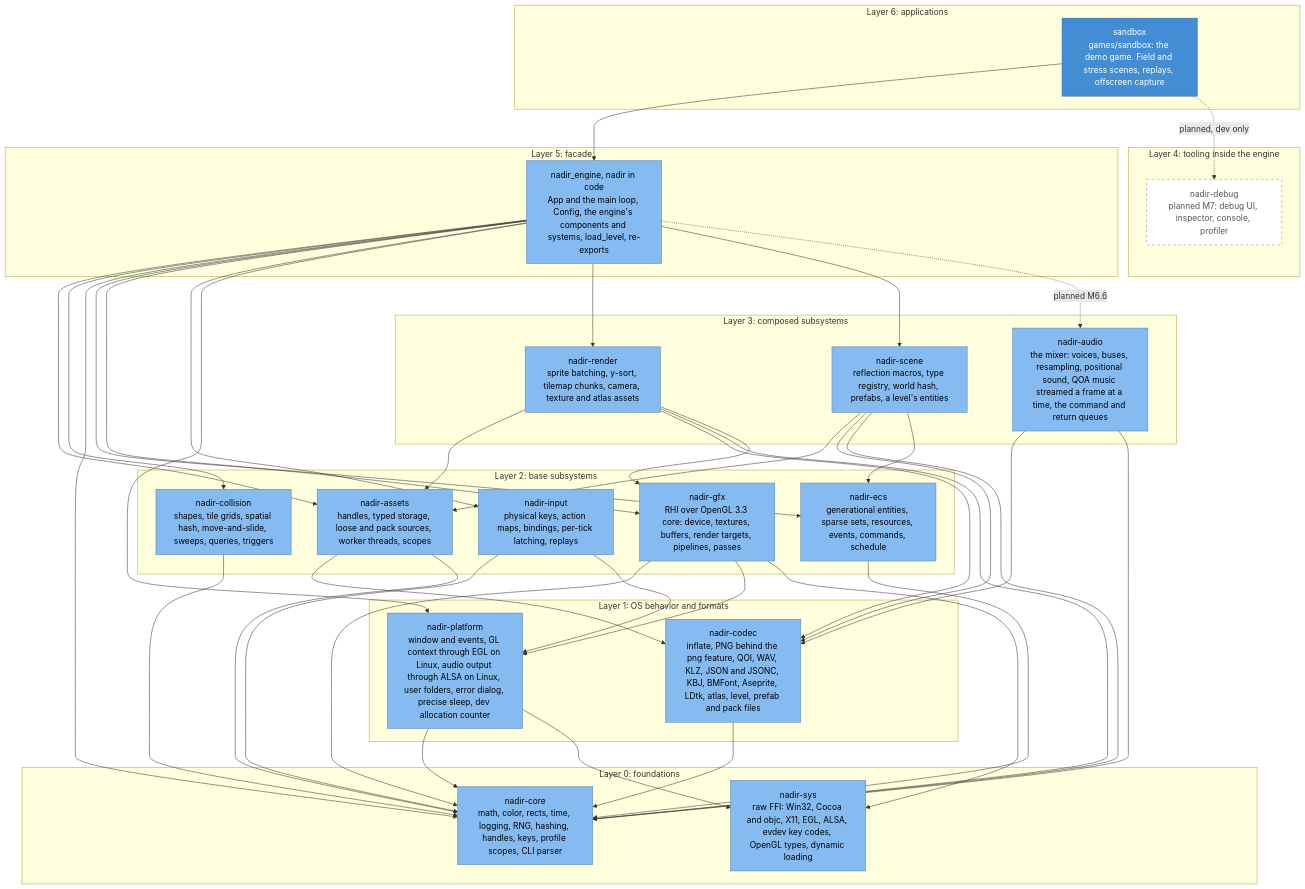
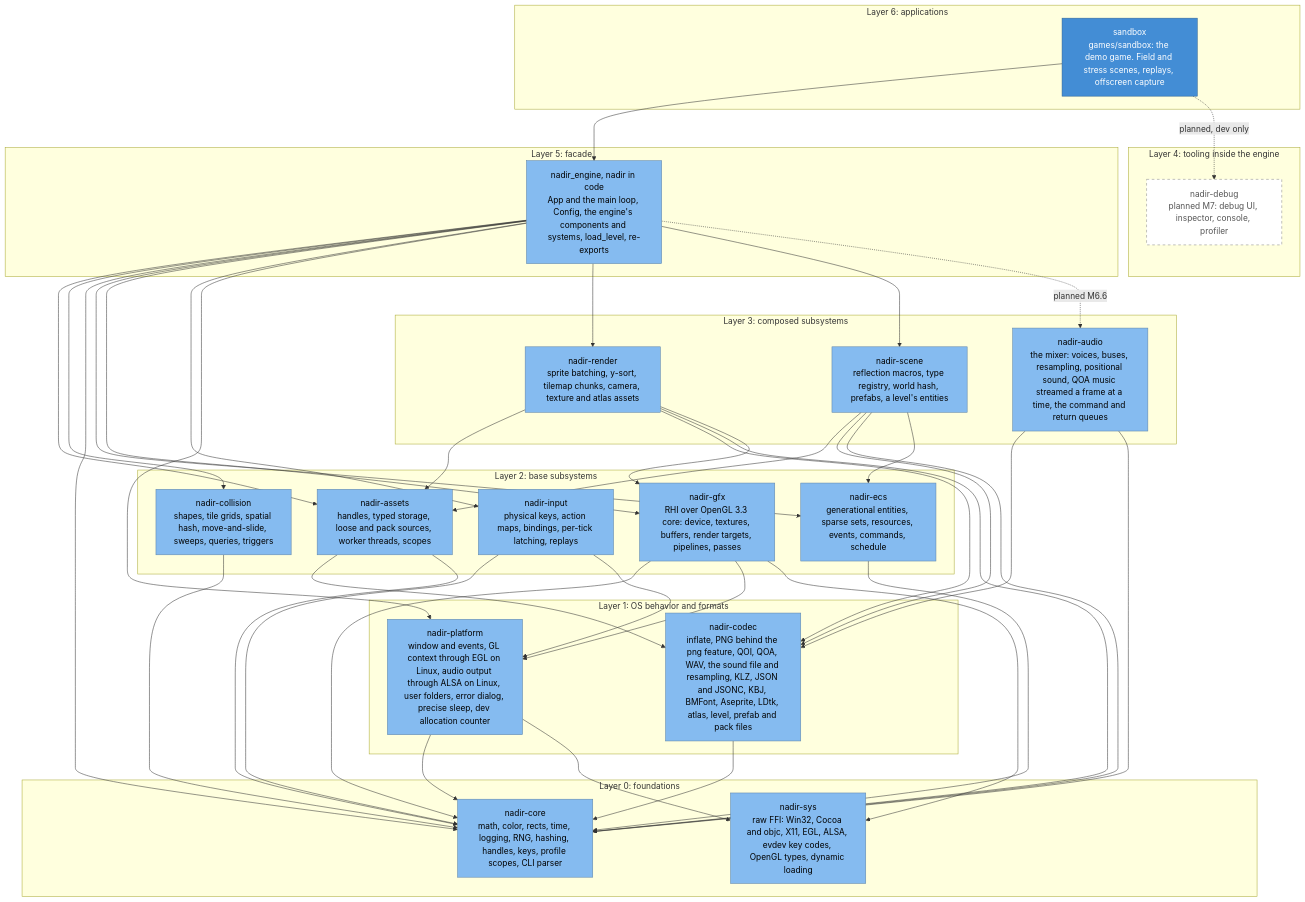
One commit to jabbott-iii/Nadir changed the third of 5 diagrams in diagrams/c4-architecture.md. Above: the diagram before and after it, drawn with Mermaid. The commit also changed other lines of this file and 73 other files, not shown here.

````diff
--- a/diagrams/c4-architecture.md
+++ b/diagrams/c4-architecture.md
@@ -153,74 +153,74 @@
 ```mermaid
 flowchart TB
     subgraph L6["Layer 6: applications"]
         n_sandbox["sandbox<br/>games/sandbox: the demo game. Field and stress scenes, replays, offscreen capture"]
     end
     subgraph L5["Layer 5: facade"]
         n_engine["nadir_engine, nadir in code<br/>App and the main loop, Config, the engine's components and systems, load_level, re-exports"]
     end
     subgraph L4["Layer 4: tooling inside the engine"]
         n_debug["nadir-debug<br/>planned M7: debug UI, inspector, console, profiler"]
     end
     subgraph L3["Layer 3: composed subsystems"]
         n_render["nadir-render<br/>sprite batching, y-sort, tilemap chunks, camera, texture and atlas assets"]
         n_scene["nadir-scene<br/>reflection macros, type registry, world hash, prefabs, a level's entities"]
         n_audio["nadir-audio<br/>the mixer: voices, buses, resampling, positional sound, QOA music streamed a frame at a time, the command and return queues"]
     end
     subgraph L2["Layer 2: base subsystems"]
         n_gfx["nadir-gfx<br/>RHI over OpenGL 3.3 core: device, textures, buffers, render targets, pipelines, passes"]
         n_ecs["nadir-ecs<br/>generational entities, sparse sets, resources, events, commands, schedule"]
         n_assets["nadir-assets<br/>handles, typed storage, loose and pack sources, worker threads, scopes"]
         n_input["nadir-input<br/>physical keys, action maps, bindings, per-tick latching, replays"]
         n_collision["nadir-collision<br/>shapes, tile grids, spatial hash, move-and-slide, sweeps, queries, triggers"]
     end
     subgraph L1["Layer 1: OS behavior and formats"]
         n_platform["nadir-platform<br/>window and events, GL context through EGL on Linux, audio output through ALSA on Linux, user folders, error dialog, precise sleep, dev allocation counter"]
-        n_codec["nadir-codec<br/>inflate, PNG behind the png feature, QOI, WAV, KLZ, JSON and JSONC, KBJ, BMFont, Aseprite, LDtk, atlas, level, prefab and pack files"]
+        n_codec["nadir-codec<br/>inflate, PNG behind the png feature, QOI, QOA, WAV, the sound file and resampling, KLZ, JSON and JSONC, KBJ, BMFont, Aseprite, LDtk, atlas, level, prefab and pack files"]
     end
     subgraph L0["Layer 0: foundations"]
         n_core["nadir-core<br/>math, color, rects, time, logging, RNG, hashing, handles, keys, profile scopes, CLI parser"]
         n_sys["nadir-sys<br/>raw FFI: Win32, Cocoa and objc, X11, EGL, ALSA, evdev key codes, OpenGL types, dynamic loading"]
     end
 
     n_sandbox --> n_engine
     n_engine --> n_assets
     n_engine --> n_collision
     n_engine --> n_core
     n_engine --> n_ecs
     n_engine --> n_gfx
     n_engine --> n_input
     n_engine --> n_platform
     n_engine --> n_render
     n_engine --> n_scene
     n_render --> n_assets
     n_render --> n_codec
     n_render --> n_core
     n_render --> n_gfx
     n_scene --> n_assets
     n_scene --> n_codec
     n_scene --> n_core
     n_scene --> n_ecs
     n_audio --> n_codec
     n_audio --> n_core
     n_gfx --> n_core
     n_gfx --> n_platform
     n_gfx --> n_sys
     n_ecs --> n_core
     n_assets --> n_codec
     n_assets --> n_core
     n_input --> n_core
     n_input --> n_platform
     n_collision --> n_core
     n_platform --> n_core
     n_platform --> n_sys
     n_codec --> n_core
     n_engine -.->|"planned M6.6"| n_audio
     n_sandbox -.->|"planned, dev only"| n_debug
 
     classDef container fill:#438dd5,stroke:#2e6295,color:#ffffff
     classDef component fill:#85bbf0,stroke:#5d82a8,color:#000000
     classDef planned fill:#ffffff,stroke:#888888,stroke-dasharray: 5 5,color:#555555
     class n_sandbox container
     class n_engine,n_render,n_scene,n_audio,n_gfx,n_ecs,n_assets,n_input,n_collision,n_platform,n_codec,n_core,n_sys component
     class n_debug planned
 ```
````
